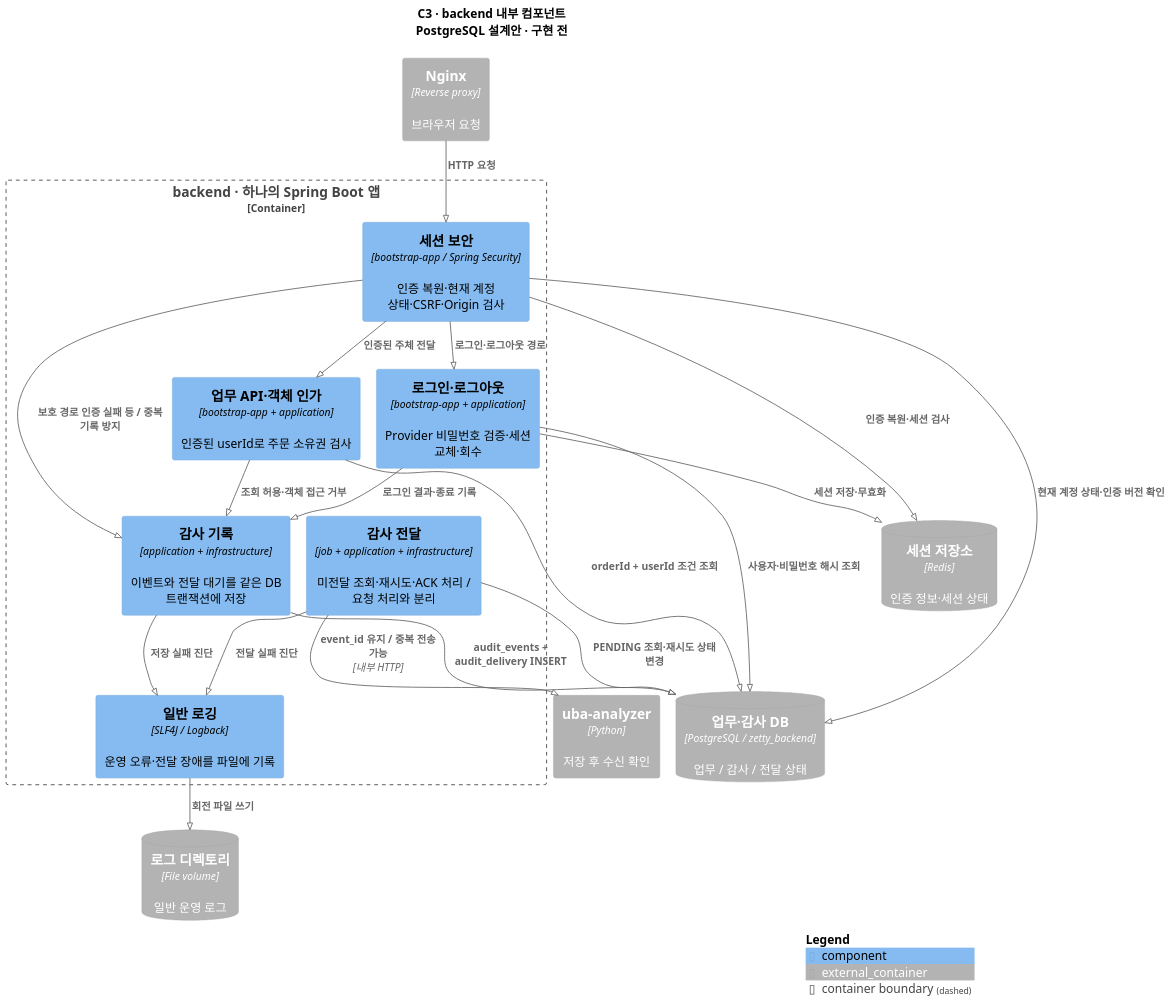
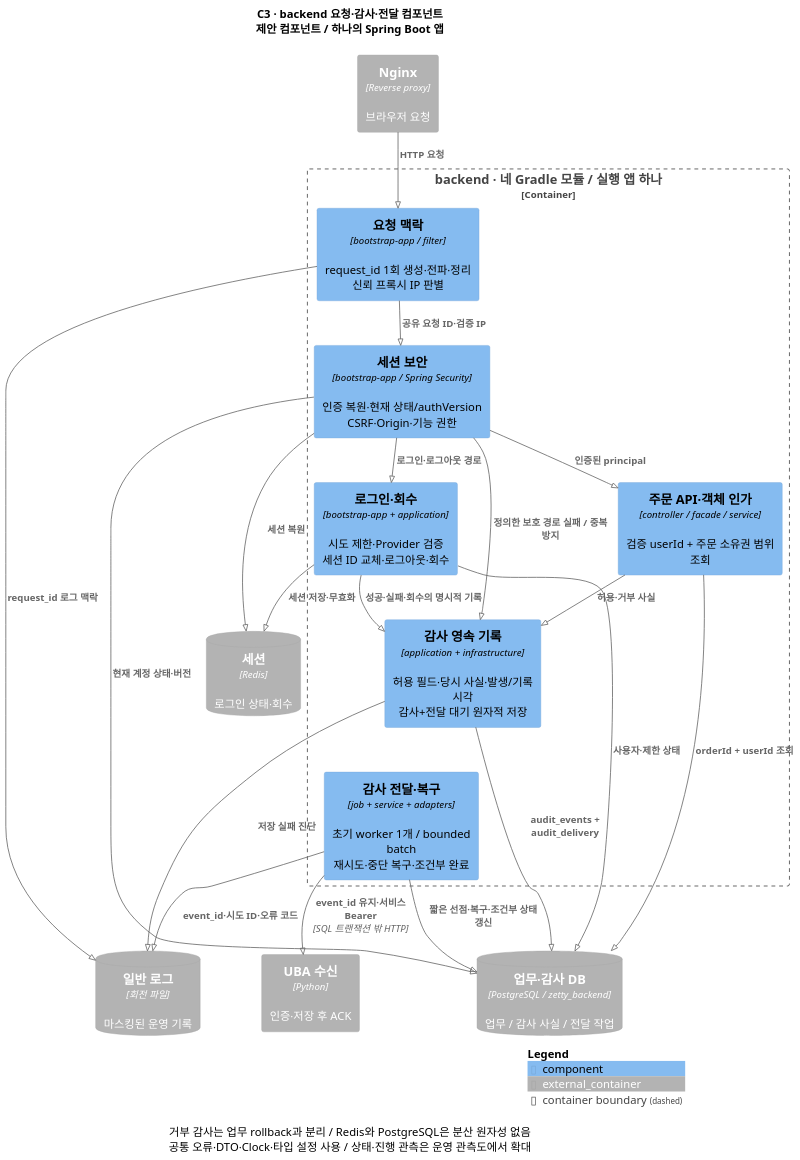
Before and after one commit to ZETTY-ZEROTRUST/backend: the diagram in docs/architecture/session-backend-c4/c3-backend.puml, drawn with PlantUML. The commit also changed 28 other files, not shown here.

Commit message:
docs(architecture): 세션 백엔드와 UBA C4 설계 갱신

```diff
--- a/docs/architecture/session-backend-c4/c3-backend.puml
+++ b/docs/architecture/session-backend-c4/c3-backend.puml
@@ -1,44 +1,45 @@
 @startuml
 !pragma layout smetana
 skinparam defaultFontName "Apple SD Gothic Neo"
 skinparam defaultFontSize 14
 skinparam backgroundColor #FFFFFF
 skinparam shadowing false
-skinparam dpi 150
+skinparam dpi 140
 !include <C4/C4_Component>
 LAYOUT_TOP_DOWN()
-title C3 · backend 내부 컴포넌트\nPostgreSQL 설계안 · 구현 전
-
+title C3 · backend 요청·감사·전달 컴포넌트\n제안 컴포넌트 / 하나의 Spring Boot 앱
 Container_Ext(edge, "Nginx", "Reverse proxy", "브라우저 요청")
-ContainerDb_Ext(redis, "세션 저장소", "Redis", "인증 정보·세션 상태")
-ContainerDb_Ext(db, "업무·감사 DB", "PostgreSQL / zetty_backend", "업무 / 감사 / 전달 상태")
-Container_Ext(uba, "uba-analyzer", "Python", "저장 후 수신 확인")
-Container_Boundary(b, "backend · 하나의 Spring Boot 앱") {
- Component(security, "세션 보안", "bootstrap-app / Spring Security", "인증 복원·현재 계정 상태·CSRF·Origin 검사")
- Component(auth, "로그인·로그아웃", "bootstrap-app + application", "Provider 비밀번호 검증·세션 교체·회수")
- Component(order, "업무 API·객체 인가", "bootstrap-app + application", "인증된 userId로 주문 소유권 검사")
- Component(audit, "감사 기록", "application + infrastructure", "이벤트와 전달 대기를 같은 DB 트랜잭션에 저장")
- Component(delivery, "감사 전달", "job + application + infrastructure", "미전달 조회·재시도·ACK 처리 / 요청 처리와 분리")
- Component(ops, "일반 로깅", "SLF4J / Logback", "운영 오류·전달 장애를 파일에 기록")
+ContainerDb_Ext(redis, "세션", "Redis", "로그인 상태·회수")
+ContainerDb_Ext(db, "업무·감사 DB", "PostgreSQL / zetty_backend", "업무 / 감사 사실 / 전달 작업")
+Container_Ext(uba, "UBA 수신", "Python", "인증·저장 후 ACK")
+ContainerDb_Ext(logs, "일반 로그", "회전 파일", "마스킹된 운영 기록")
+Container_Boundary(b, "backend · 네 Gradle 모듈 / 실행 앱 하나") {
+ Component(context, "요청 맥락", "bootstrap-app / filter", "request_id 1회 생성·전파·정리\n신뢰 프록시 IP 판별")
+ Component(security, "세션 보안", "bootstrap-app / Spring Security", "인증 복원·현재 상태/authVersion\nCSRF·Origin·기능 권한")
+ Component(auth, "로그인·회수", "bootstrap-app + application", "시도 제한·Provider 검증\n세션 ID 교체·로그아웃·회수")
+ Component(order, "주문 API·객체 인가", "controller / facade / service", "검증 userId + 주문 소유권 범위 조회")
+ Component(audit, "감사 영속 기록", "application + infrastructure", "허용 필드·당시 사실·발생/기록 시각\n감사+전달 대기 원자적 저장")
+ Component(delivery, "감사 전달·복구", "job + service + adapters", "초기 worker 1개 / bounded batch\n재시도·중단 복구·조건부 완료")
 }
-ContainerDb_Ext(logs, "로그 디렉토리", "File volume", "일반 운영 로그")
-Rel(edge, security, "HTTP 요청")
-Rel(security, redis, "인증 복원·세션 검사")
-Rel(security, db, "현재 계정 상태·인증 버전 확인")
+Rel(edge, context, "HTTP 요청")
+Rel(context, security, "공유 요청 ID·검증 IP")
+Rel(security, redis, "세션 복원")
+Rel(security, db, "현재 계정 상태·버전")
 Rel(security, auth, "로그인·로그아웃 경로")
-Rel(security, order, "인증된 주체 전달")
+Rel(security, order, "인증된 principal")
 Rel(auth, redis, "세션 저장·무효화")
-Rel(auth, db, "사용자·비밀번호 해시 조회")
-Rel(order, db, "orderId + userId 조건 조회")
-Rel(auth, audit, "로그인 결과·종료 기록")
-Rel(order, audit, "조회 허용·객체 접근 거부")
-Rel(security, audit, "보호 경로 인증 실패 등 / 중복 기록 방지")
-Rel(audit, db, "audit_events + audit_delivery INSERT")
-Rel(delivery, db, "PENDING 조회·재시도 상태 변경")
-Rel(delivery, uba, "event_id 유지 / 중복 전송 가능", "내부 HTTP")
-Rel(audit, ops, "저장 실패 진단")
-Rel(delivery, ops, "전달 실패 진단")
-Rel(ops, logs, "회전 파일 쓰기")
-
+Rel(auth, db, "사용자·제한 상태")
+Rel(order, db, "orderId + userId 조회")
+Rel(auth, audit, "성공·실패·회수의 명시적 기록")
+Rel(order, audit, "허용·거부 사실")
+Rel(security, audit, "정의한 보호 경로 실패 / 중복 방지")
+Rel(audit, db, "audit_events + audit_delivery")
+Rel(delivery, db, "짧은 선점·복구·조건부 상태 갱신")
+Rel(delivery, uba, "event_id 유지·서비스 Bearer", "SQL 트랜잭션 밖 HTTP")
+Rel(context, logs, "request_id 로그 맥락")
+Rel(audit, logs, "저장 실패 진단")
+Rel(delivery, logs, "event_id·시도 ID·오류 코드")
+Lay_D(audit, delivery)
+caption 거부 감사는 업무 rollback과 분리 / Redis와 PostgreSQL은 분산 원자성 없음\n공통 오류·DTO·Clock·타입 설정 사용 / 상태·진행 관측은 운영 관측도에서 확대
 SHOW_LEGEND()
 @enduml
```
